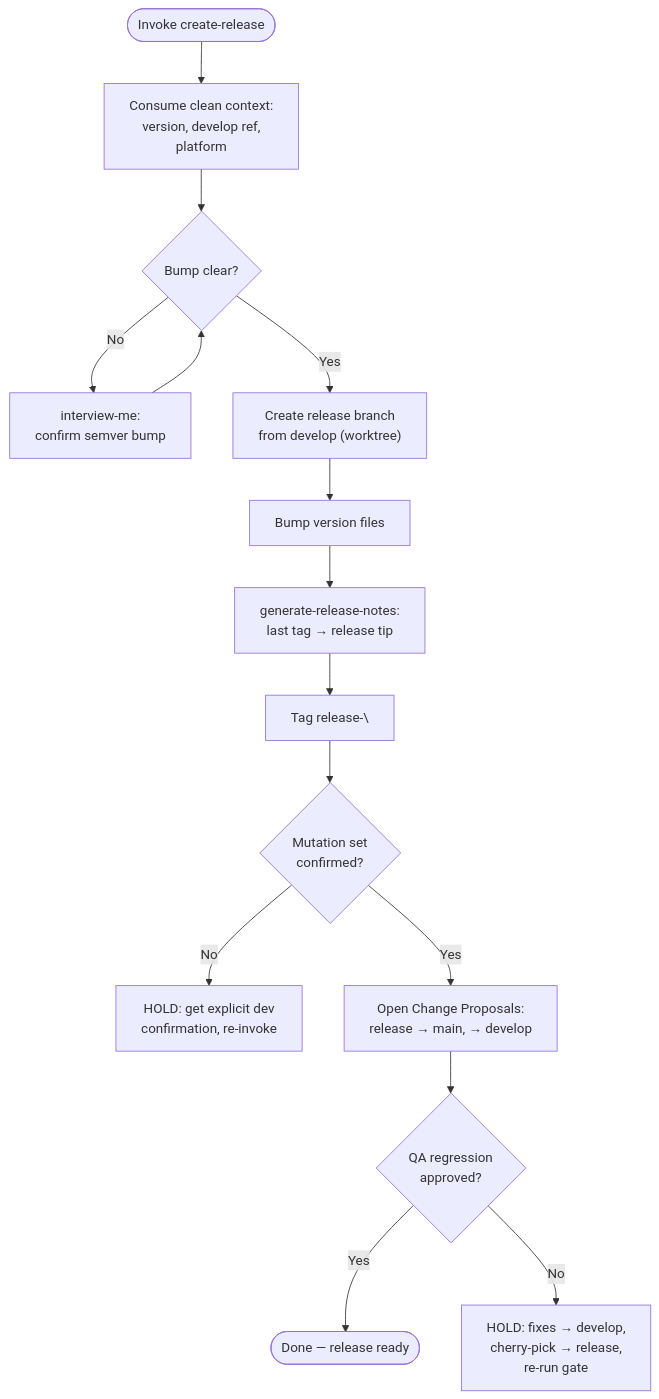
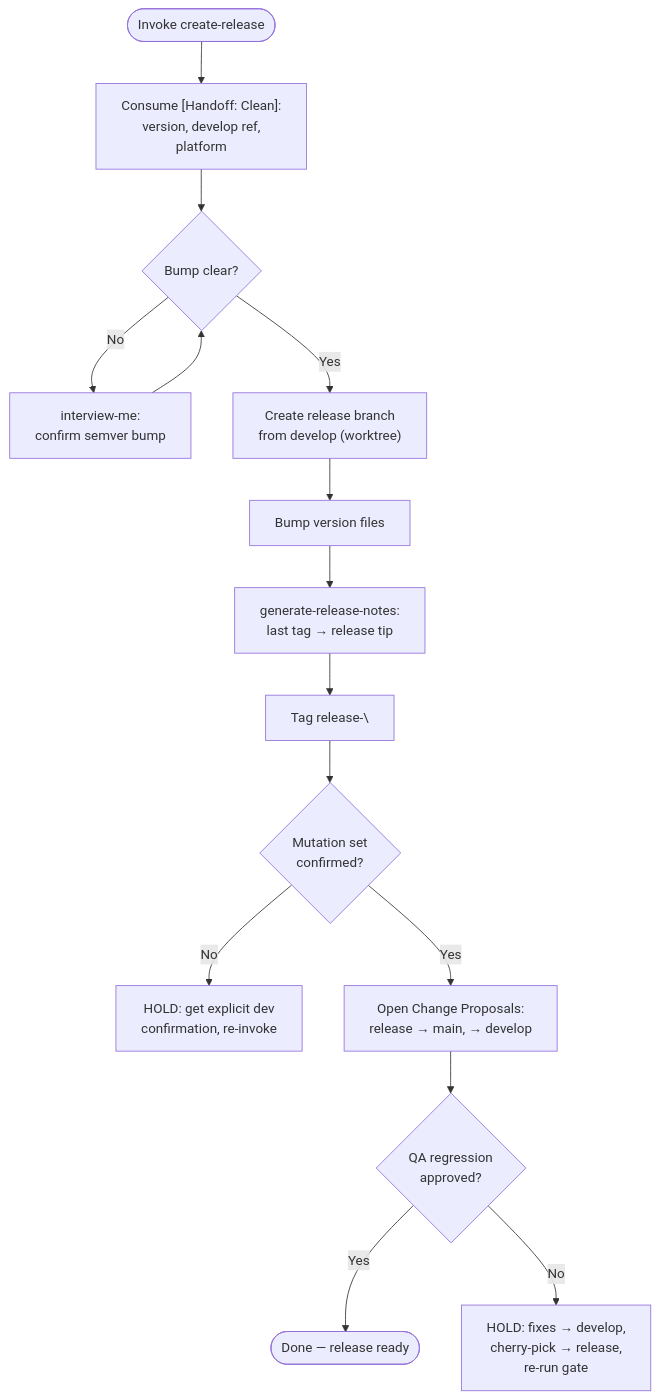
Before and after one commit to MegaByteMark/skills-to-pay-the-ai-bills: the diagram in skills/create-release/SKILL.md, drawn with Mermaid. The commit also changed other lines of this file and 20 other files, not shown here.

First line of the commit message:
feat(agent-handoff): shared contract for agent-to-agent context handoffs

````diff
--- a/skills/create-release/SKILL.md
+++ b/skills/create-release/SKILL.md
@@ -18,17 +19,17 @@
 ```mermaid
 flowchart TD
-    START(["Invoke create-release"]) --> INPUT["Consume clean context:<br>version, develop ref,<br>platform"]
+    START(["Invoke create-release"]) --> INPUT["Consume [Handoff: Clean]:<br>version, develop ref,<br>platform"]
     INPUT --> VER{Bump clear?}
     VER -->|No| CLARIFY["interview-me:<br>confirm semver bump"]
     CLARIFY --> VER
     VER -->|Yes| BRANCH["Create release branch<br>from develop (worktree)"]
     BRANCH --> BUMP["Bump version files"]
     BUMP --> NOTES["generate-release-notes:<br>last tag → release tip"]
     NOTES --> TAG["Tag release-\<version\>"]
     TAG --> PRS{Mutation set<br>confirmed?}
     PRS -->|No| HOLD_PR["HOLD: get explicit dev<br>confirmation, re-invoke"]
     PRS -->|Yes| OPEN["Open Change Proposals:<br>release → main, → develop"]
     OPEN --> QA{QA regression<br>approved?}
     QA -->|Yes| DONE(["Done — release ready"])
     QA -->|No| HOLD_QA["HOLD: fixes → develop,<br>cherry-pick → release,<br>re-run gate"]
 ```
````
